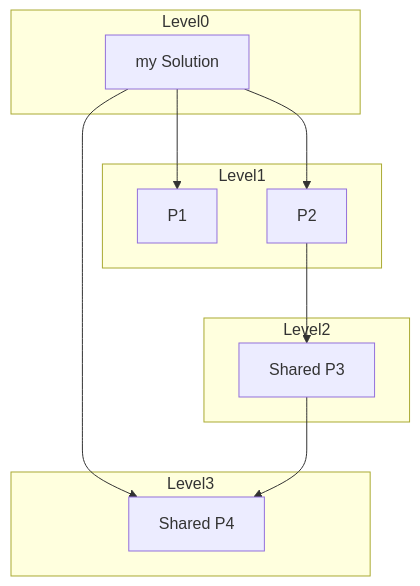
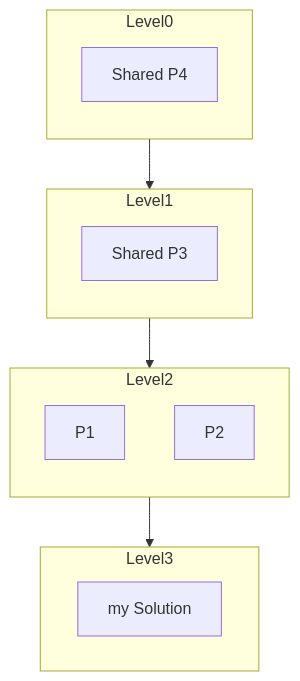
One commit to Shaikh-Imran/DeeplyDepBuilder changed the third of 6 diagrams in README.md. Above: the diagram before and after it, drawn with Mermaid. The commit also changed other lines of this file and 1 other file, not shown here.

Commit message:
updated readme and mermaid flowchart flow

````diff
--- a/README.md
+++ b/README.md
@@ -108,27 +108,26 @@
 ```mermaid
 flowchart TD
+    subgraph Level0
+        direction TB
+        P4["Shared P4"]
+    end
 
-subgraph Level0
-MS["my Solution"]
-end
+    subgraph Level1
+        direction TB
+        P3["Shared P3"]
+    end
 
-subgraph Level1
-P1["P1"]
-P2["P2"]
-end
+    subgraph Level2
+        direction TB
+        P1["P1"]
+        P2["P2"]
+    end
 
-subgraph Level2
-P3["Shared P3"]
-end
+    subgraph Level3
+        MS["my Solution"]
+    end
 
-subgraph Level3
-P4["Shared P4"]
-end
-
-MS --> P1
-MS --> P2
-MS --> P4
-
-P2 --> P3
-P3 --> P4
+Level0 --> Level1
+Level1 --> Level2
+Level2 --> Level3
 ```
````
